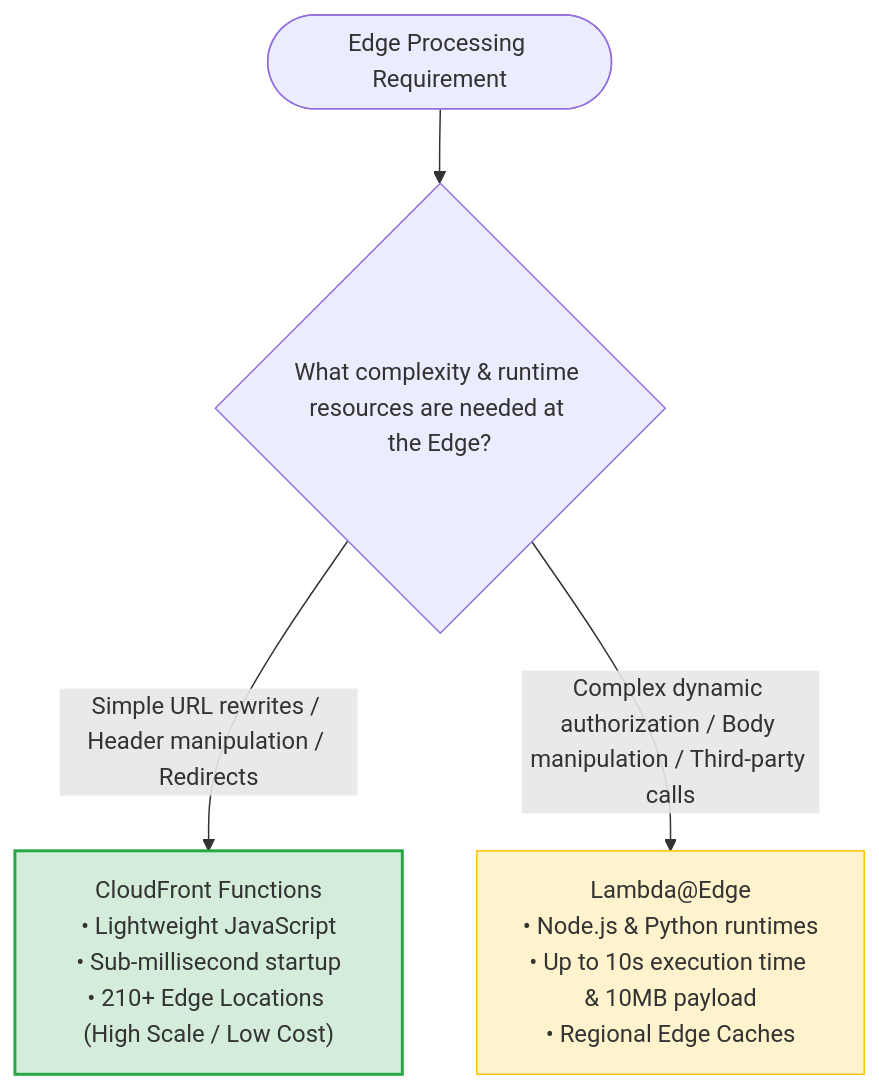
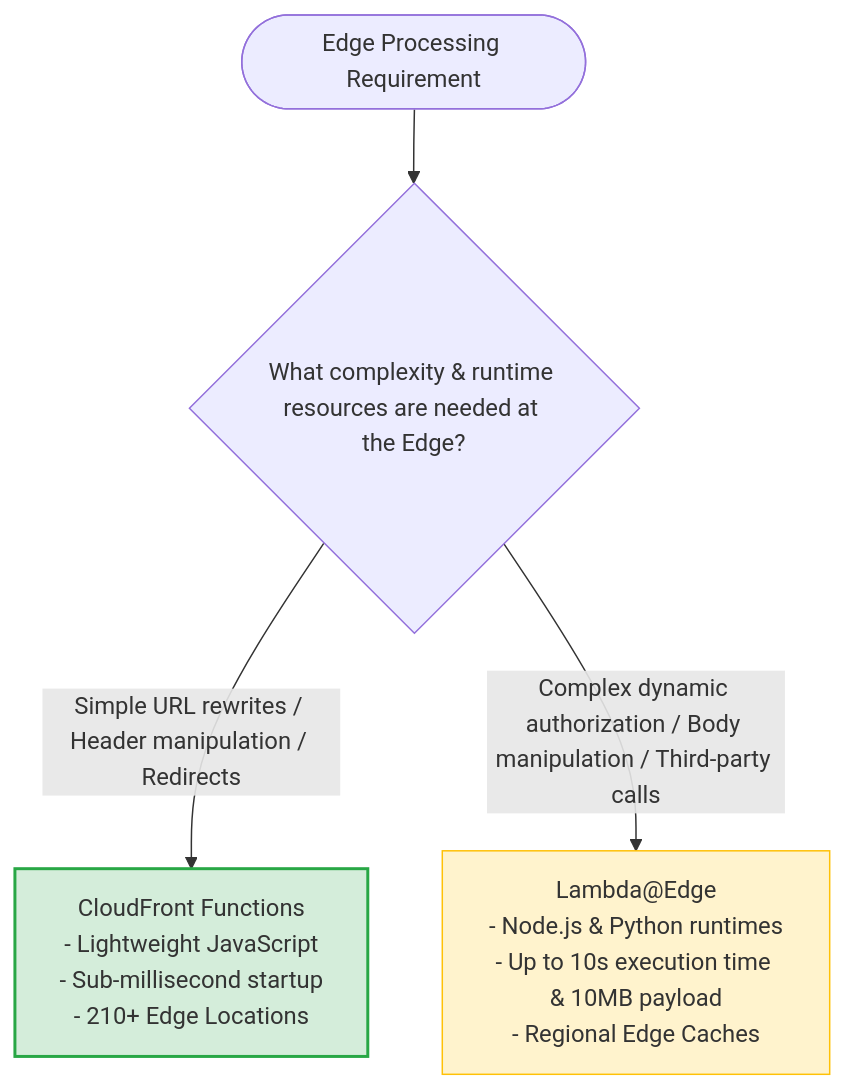
One commit to ReginRavi/AIP-C01 changed the third of 20 diagrams in Professional/3.3 Global service offerings (for example, AWS Global Accelerator, Amazon CloudFront, edge computing services).md. Above: the diagram before and after it, drawn with Mermaid. The commit also changed other lines of this file and 1 other file, not shown here.

Commit message:
Fix mermaid diagram syntax in Global service offerings and High-performing systems architectures notes

````diff
--- a/Professional/3.3 Global service offerings (for example, AWS Global Accelerator, Amazon CloudFront, edge computing services).md
+++ b/Professional/3.3 Global service offerings (for example, AWS Global Accelerator, Amazon CloudFront, edge computing services).md
@@ -84,11 +92,11 @@
 ```mermaid
 flowchart TD
     Start_Edge(["Edge Processing Requirement"]) --> Q_Logic{"What complexity & runtime resources are needed at the Edge?"}
 
-    Q_Logic -- "Simple URL rewrites / Header manipulation / Redirects" --> CFF["CloudFront Functions<br/>• Lightweight JavaScript<br/>• Sub-millisecond startup<br/>• 210+ Edge Locations (High Scale / Low Cost)"]
+    Q_Logic -- "Simple URL rewrites / Header manipulation / Redirects" --> CFF["CloudFront Functions<br/>- Lightweight JavaScript<br/>- Sub-millisecond startup<br/>- 210+ Edge Locations"]
 
-    Q_Logic -- "Complex dynamic authorization / Body manipulation / Third-party calls" --> LWE["Lambda@Edge<br/>• Node.js & Python runtimes<br/>• Up to 10s execution time & 10MB payload<br/>• Regional Edge Caches"]
+    Q_Logic -- "Complex dynamic authorization / Body manipulation / Third-party calls" --> LWE["Lambda@Edge<br/>- Node.js & Python runtimes<br/>- Up to 10s execution time & 10MB payload<br/>- Regional Edge Caches"]
 
     style CFF fill:#d4edda,stroke:#28a745,stroke-width:2px
     style LWE fill:#fff3cd,stroke:#ffc107,stroke-width:1px
 ```
````
